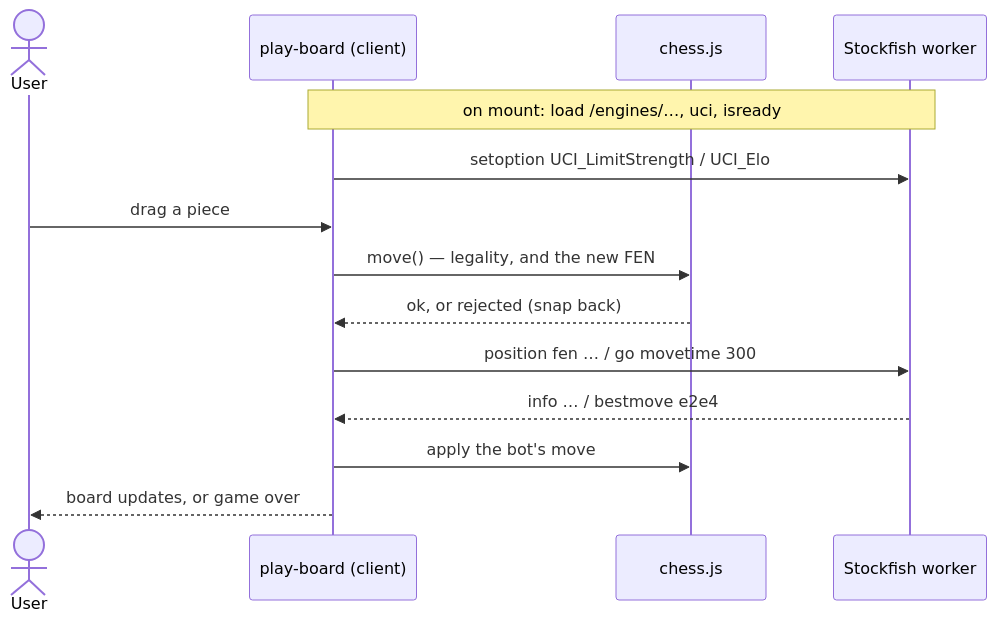
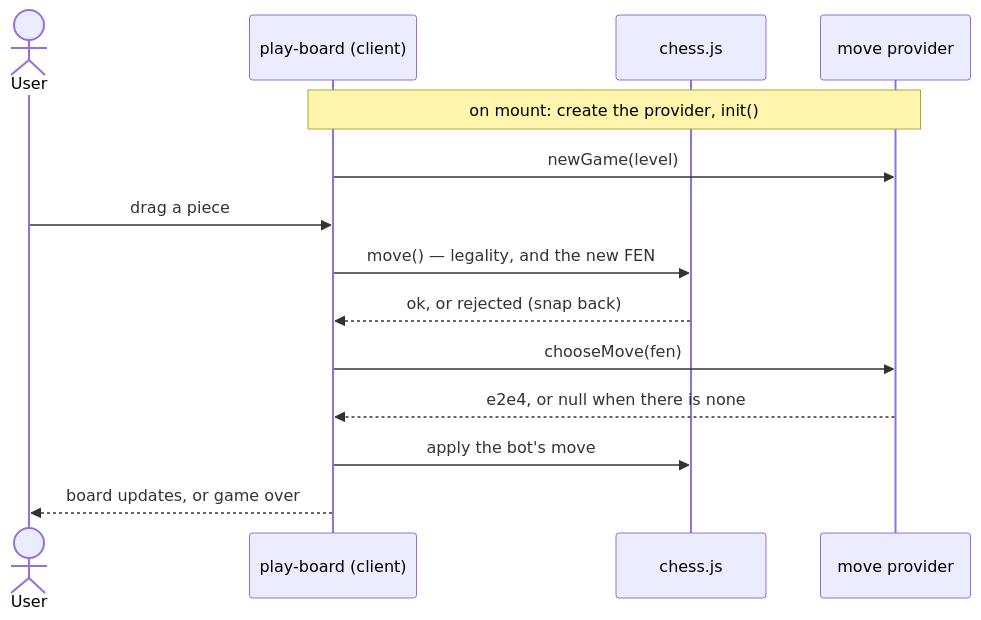
One commit to SimonF-Codes/ChessEdu changed the sixth of 10 diagrams in docs/architecture.md. Above: the diagram before and after it, drawn with Mermaid. The commit also changed other lines of this file and 10 other files, not shown here.

````diff
--- a/docs/architecture.md
+++ b/docs/architecture.md
@@ -530,17 +530,17 @@
 ```mermaid
 sequenceDiagram
     actor U as User
     participant B as play-board (client)
     participant G as chess.js
-    participant E as Stockfish worker
+    participant P as move provider
 
-    Note over B,E: on mount: load /engines/…, uci, isready
-    B->>E: setoption UCI_LimitStrength / UCI_Elo
+    Note over B,P: on mount: create the provider, init()
+    B->>P: newGame(level)
     U->>B: drag a piece
     B->>G: move() — legality, and the new FEN
     G-->>B: ok, or rejected (snap back)
-    B->>E: position fen … / go movetime 300
-    E-->>B: info … / bestmove e2e4
+    B->>P: chooseMove(fen)
+    P-->>B: e2e4, or null when there is none
     B->>G: apply the bot's move
     B-->>U: board updates, or game over
 ```
````
